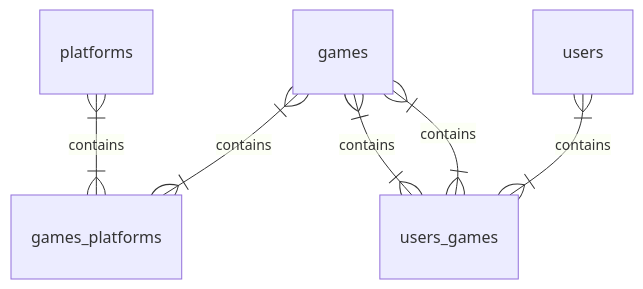
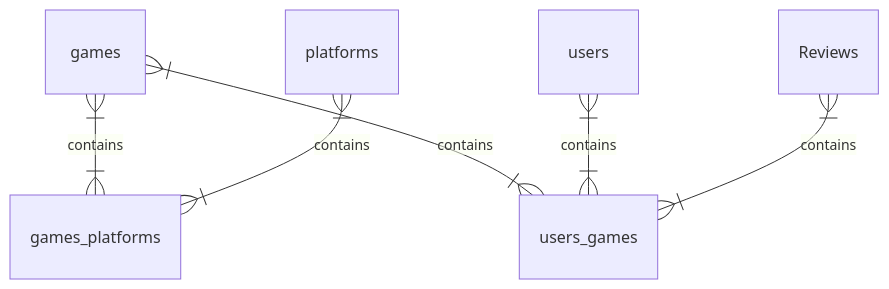
The first of 2 diagrams in README.md (Haikira/VGLogger), drawn with Mermaid before and after one commit.

````diff
--- a/README.md
+++ b/README.md
@@ -28,9 +28,9 @@
 ``` mermaid
 erDiagram
 
         games }|--|{ games_platforms : "contains"
         platforms }|--|{ games_platforms : "contains"
         games }|--|{ users_games : "contains"
         users}|--|{ users_games : "contains"
-        games }|--|{ users_games : "contains"
+        Reviews }|--|{ users_games : "contains"
 ```
````
